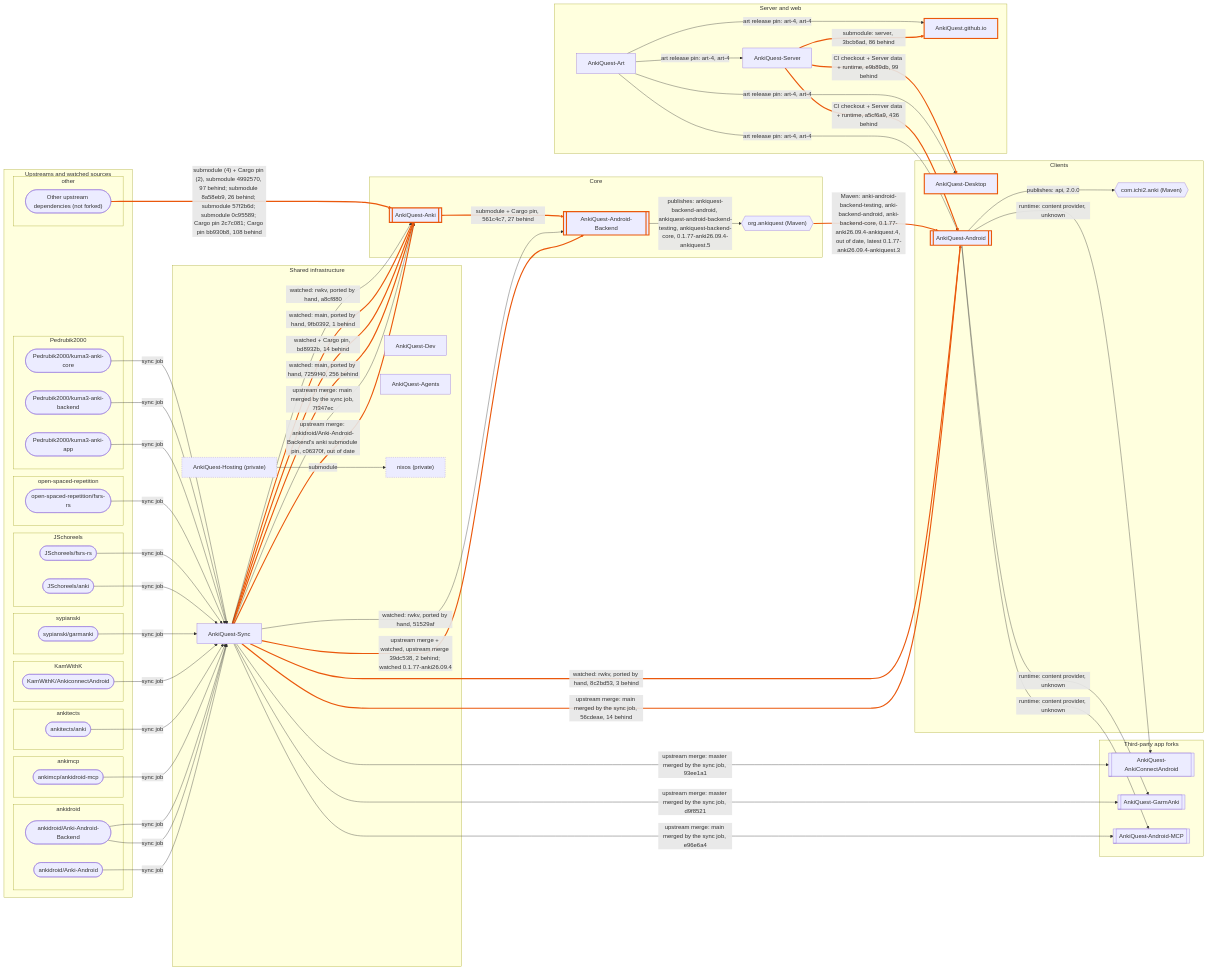
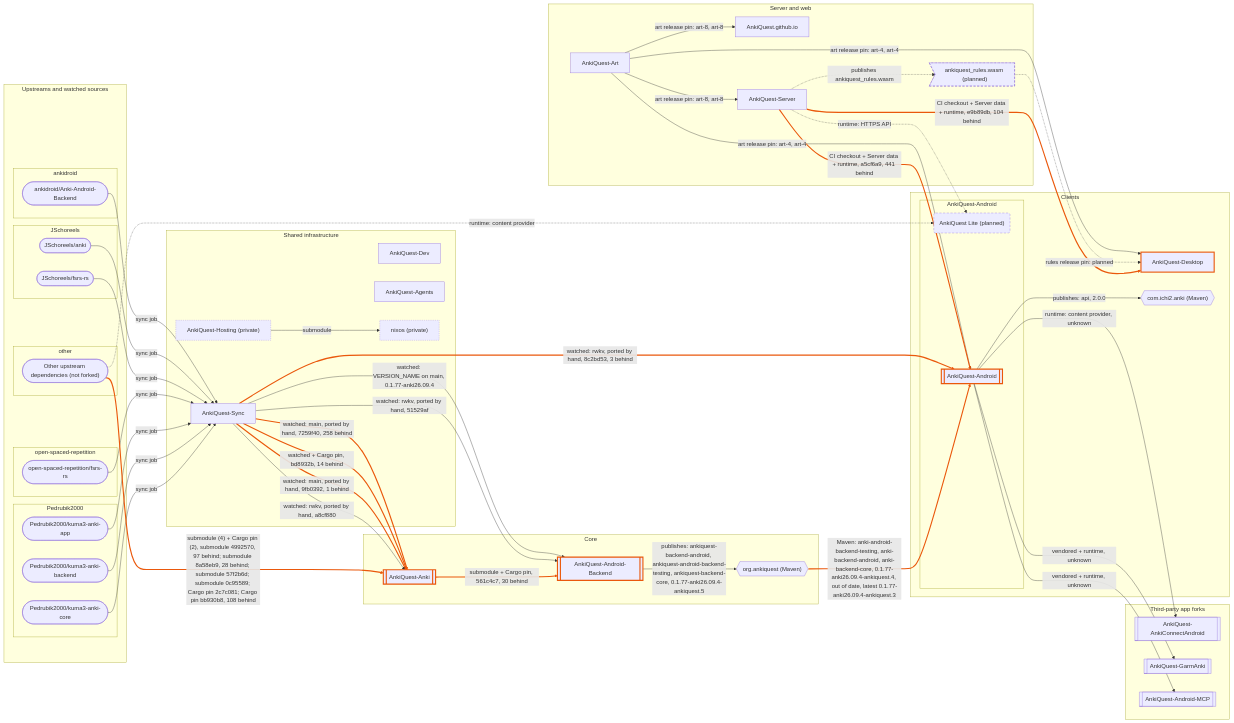
One commit to AnkiQuest/AnkiQuest.github.io changed the diagram in wiring.mmd. Above: the diagram before and after it, drawn with Mermaid. The commit also changed 3 other files, not shown here.

```diff
--- a/wiring.mmd
+++ b/wiring.mmd
@@ -1,7 +1,7 @@
 %% AnkiQuest wiring: how every AnkiQuest repository, upstream and package feeds the others.
 %% Generated from wiring.json (written by src/wiring.ts) by src/wiring-mermaid.ts in
 %% AnkiQuest/AnkiQuest.github.io; regenerated daily. Do not edit.
-%% Data of 2026-11-24 (wiring.json generated 2026-11-24T15:17:09.115Z).
+%% Data of 2026-11-25 (wiring.json generated 2026-11-25T10:15:58.529Z).
 %% Interactive page: https://ankiquest.github.io/wiring.html
 %% Arrows point the way code or data flows; one edge per pair of nodes, naming every kind of
 %% link between them ("watched + Cargo pin"), then the pinned commit or version and N behind,
@@ -11,20 +11,10 @@
   subgraph lane_upstream["Upstreams and watched sources"]
     subgraph src_ankidroid["ankidroid"]
       ankidroid_Anki_Android_Backend(["ankidroid/Anki-Android-Backend"])
-      ankidroid_Anki_Android(["ankidroid/Anki-Android"])
-    end
-    subgraph src_ankimcp["ankimcp"]
-      ankimcp_ankidroid_mcp(["ankimcp/ankidroid-mcp"])
-    end
-    subgraph src_ankitects["ankitects"]
-      ankitects_anki(["ankitects/anki"])
     end
     subgraph src_JSchoreels["JSchoreels"]
       JSchoreels_fsrs_rs(["JSchoreels/fsrs-rs"])
       JSchoreels_anki(["JSchoreels/anki"])
-    end
-    subgraph src_KamWithK["KamWithK"]
-      KamWithK_AnkiconnectAndroid(["KamWithK/AnkiconnectAndroid"])
     end
     subgraph src_open_spaced_repetition["open-spaced-repetition"]
       open_spaced_repetition_fsrs_rs(["open-spaced-repetition/fsrs-rs"])
@@ -33,9 +23,6 @@
       Pedrubik2000_kuma3_anki_core(["Pedrubik2000/kuma3-anki-core"])
       Pedrubik2000_kuma3_anki_backend(["Pedrubik2000/kuma3-anki-backend"])
       Pedrubik2000_kuma3_anki_app(["Pedrubik2000/kuma3-anki-app"])
-    end
-    subgraph src_sypianski["sypianski"]
-      sypianski_garmanki(["sypianski/garmanki"])
     end
     subgraph src_other["other"]
       other_upstream_dependencies(["Other upstream dependencies (not forked)"])
@@ -49,7 +36,10 @@
   end
   subgraph lane_clients["Clients"]
     AnkiQuest_Desktop["AnkiQuest-Desktop"]
-    AnkiQuest_Android[["AnkiQuest-Android"]]
+    subgraph group_AnkiQuest_Android["AnkiQuest-Android"]
+      module_AnkiQuest_Lite("AnkiQuest Lite (planned)")
+      AnkiQuest_Android[["AnkiQuest-Android"]]
+    end
     maven_com_ichi2_anki{{"com.ichi2.anki (Maven)"}}
   end
   subgraph lane_forks["Third-party app forks"]
@@ -61,6 +51,7 @@
     AnkiQuest_Art["AnkiQuest-Art"]
     AnkiQuest_github_io["AnkiQuest.github.io"]
     AnkiQuest_Server["AnkiQuest-Server"]
+    release_ankiquest_rules>"ankiquest_rules.wasm (planned)"]
   end
   subgraph lane_infra["Shared infrastructure"]
     AnkiQuest_Dev["AnkiQuest-Dev"]
@@ -70,22 +61,10 @@
     float3_nixos["nixos (private)"]
   end
 
-  ankidroid_Anki_Android -->|"sync job"| AnkiQuest_Sync
-  AnkiQuest_Sync -->|"upstream merge: main merged by the sync job, 56cdeae, 14 behind"| AnkiQuest_Android
   ankidroid_Anki_Android_Backend -->|"sync job"| AnkiQuest_Sync
-  AnkiQuest_Sync -->|"upstream merge + watched, upstream merge 39dc538, 2 behind; watched 0.1.77-anki26.09.4"| AnkiQuest_Android_Backend
-  ankidroid_Anki_Android_Backend -->|"sync job"| AnkiQuest_Sync
-  AnkiQuest_Sync -->|"upstream merge: ankidroid/Anki-Android-Backend's anki submodule pin, c06370f, out of date"| AnkiQuest_Anki
-  ankimcp_ankidroid_mcp -->|"sync job"| AnkiQuest_Sync
-  AnkiQuest_Sync -->|"upstream merge: main merged by the sync job, e96e6a4"| AnkiQuest_Android_MCP
-  ankitects_anki -->|"sync job"| AnkiQuest_Sync
-  AnkiQuest_Sync -->|"upstream merge: main merged by the sync job, 7f347ec"| AnkiQuest_Anki
-  KamWithK_AnkiconnectAndroid -->|"sync job"| AnkiQuest_Sync
-  AnkiQuest_Sync -->|"upstream merge: master merged by the sync job, 93ee1a1"| AnkiQuest_AnkiConnectAndroid
-  sypianski_garmanki -->|"sync job"| AnkiQuest_Sync
-  AnkiQuest_Sync -->|"upstream merge: master merged by the sync job, d9f8521"| AnkiQuest_GarmAnki
+  AnkiQuest_Sync -->|"watched: VERSION_NAME on main, 0.1.77-anki26.09.4"| AnkiQuest_Android_Backend
   JSchoreels_anki -->|"sync job"| AnkiQuest_Sync
-  AnkiQuest_Sync -->|"watched: main, ported by hand, 7259f40, 256 behind"| AnkiQuest_Anki
+  AnkiQuest_Sync -->|"watched: main, ported by hand, 7259f40, 258 behind"| AnkiQuest_Anki
   JSchoreels_fsrs_rs -->|"sync job"| AnkiQuest_Sync
   AnkiQuest_Sync -->|"watched + Cargo pin, bd8932b, 14 behind"| AnkiQuest_Anki
   open_spaced_repetition_fsrs_rs -->|"sync job"| AnkiQuest_Sync
@@ -96,92 +75,96 @@
   AnkiQuest_Sync -->|"watched: rwkv, ported by hand, 51529af"| AnkiQuest_Android_Backend
   Pedrubik2000_kuma3_anki_core -->|"sync job"| AnkiQuest_Sync
   AnkiQuest_Sync -->|"watched: rwkv, ported by hand, a8cf880"| AnkiQuest_Anki
-  AnkiQuest_Anki -->|"submodule + Cargo pin, 561c4c7, 27 behind"| AnkiQuest_Android_Backend
+  AnkiQuest_Anki -->|"submodule + Cargo pin, 561c4c7, 30 behind"| AnkiQuest_Android_Backend
   AnkiQuest_Hosting -->|"submodule"| float3_nixos
-  AnkiQuest_Server -->|"submodule: server, 3bcb6ad, 86 behind"| AnkiQuest_github_io
-  other_upstream_dependencies -->|"submodule (4) + Cargo pin (2), submodule 4992570, 97 behind; submodule 8a58eb9, 26 behind; submodule 57f2b6d; submodule 0c95589; Cargo pin 2c7c081; Cargo pin bb930b8, 108 behind"| AnkiQuest_Anki
+  other_upstream_dependencies -->|"submodule (4) + Cargo pin (2), submodule 4992570, 97 behind; submodule 8a58eb9, 28 behind; submodule 57f2b6d; submodule 0c95589; Cargo pin 2c7c081; Cargo pin bb930b8, 108 behind"| AnkiQuest_Anki
   AnkiQuest_Art -->|"art release pin: art-4, art-4"| AnkiQuest_Android
   AnkiQuest_Art -->|"art release pin: art-4, art-4"| AnkiQuest_Desktop
-  AnkiQuest_Art -->|"art release pin: art-4, art-4"| AnkiQuest_Server
-  AnkiQuest_Art -->|"art release pin: art-4, art-4"| AnkiQuest_github_io
+  AnkiQuest_Art -->|"art release pin: art-8, art-8"| AnkiQuest_Server
+  AnkiQuest_Art -->|"art release pin: art-8, art-8"| AnkiQuest_github_io
+  release_ankiquest_rules -.->|"rules release pin: planned"| AnkiQuest_Desktop
   maven_org_ankiquest -->|"Maven: anki-android-backend-testing, anki-backend-android, anki-backend-core, 0.1.77-anki26.09.4-ankiquest.4, out of date, latest 0.1.77-anki26.09.4-ankiquest.3"| AnkiQuest_Android
   AnkiQuest_Android -->|"publishes: api, 2.0.0"| maven_com_ichi2_anki
   AnkiQuest_Android_Backend -->|"publishes: ankiquest-backend-android, ankiquest-android-backend-testing, ankiquest-backend-core, 0.1.77-anki26.09.4-ankiquest.5"| maven_org_ankiquest
-  AnkiQuest_Server -->|"CI checkout + Server data + runtime, a5cf6a9, 436 behind"| AnkiQuest_Android
-  AnkiQuest_Server -->|"CI checkout + Server data + runtime, e9b89db, 99 behind"| AnkiQuest_Desktop
-  AnkiQuest_Android -->|"runtime: content provider, unknown"| AnkiQuest_Android_MCP
+  AnkiQuest_Server -.->|"publishes ankiquest_rules.wasm"| release_ankiquest_rules
+  AnkiQuest_Android -->|"vendored + runtime, unknown"| AnkiQuest_Android_MCP
+  AnkiQuest_Android -->|"vendored + runtime, unknown"| AnkiQuest_GarmAnki
+  AnkiQuest_Server -->|"CI checkout + Server data + runtime, a5cf6a9, 441 behind"| AnkiQuest_Android
+  AnkiQuest_Server -->|"CI checkout + Server data + runtime, e9b89db, 104 behind"| AnkiQuest_Desktop
   AnkiQuest_Android -->|"runtime: content provider, unknown"| AnkiQuest_AnkiConnectAndroid
-  AnkiQuest_Android -->|"runtime: content provider, unknown"| AnkiQuest_GarmAnki
-  linkStyle 1,3,5,15,17,19,21,26,28,29,34,37,38 stroke:#ea580c,stroke-width:3px
+  AnkiQuest_Server -.->|"runtime: HTTPS API"| module_AnkiQuest_Lite
+  other_upstream_dependencies -.->|"runtime: content provider"| module_AnkiQuest_Lite
+  linkStyle 3,5,7,9,14,16,22,28,29 stroke:#ea580c,stroke-width:3px
   classDef behind stroke:#ea580c,stroke-width:3px
-  class AnkiQuest_Android,AnkiQuest_Android_Backend,AnkiQuest_Anki,AnkiQuest_Desktop,AnkiQuest_github_io behind
+  class AnkiQuest_Android,AnkiQuest_Android_Backend,AnkiQuest_Anki,AnkiQuest_Desktop behind
+  classDef planned stroke-dasharray:6 4
+  class module_AnkiQuest_Lite,release_ankiquest_rules planned
   classDef private stroke-dasharray:2 3
   class AnkiQuest_Hosting,float3_nixos private
 
 %% Not drawn, as on the page: edges only of kinds that fan out from one repository to most others.
 %%   kind | from -> to | what | pin (status)
-%%   flake | AnkiQuest/AnkiQuest-Dev -> AnkiQuest/AnkiQuest-Agents | ankiquest-dev | 16ac791, 54 behind
+%%   flake | AnkiQuest/AnkiQuest-Dev -> AnkiQuest/AnkiQuest-Agents | ankiquest-dev | 16ac791, 56 behind
 %%   workflow | AnkiQuest/AnkiQuest-Dev -> AnkiQuest/AnkiQuest-Agents | workflows/nix-check.yml@master | master
-%%   flake | AnkiQuest/AnkiQuest-Dev -> AnkiQuest/AnkiQuest-Android | ankiquest-dev | dc3b0eb, 67 behind
-%%   workflow | AnkiQuest/AnkiQuest-Dev -> AnkiQuest/AnkiQuest-Android | actions/code-changed@5ab685e7013b865630f96530ca8c654344738fa8 | 5ab685e, 9 behind
+%%   flake | AnkiQuest/AnkiQuest-Dev -> AnkiQuest/AnkiQuest-Android | ankiquest-dev | dc3b0eb, 69 behind
+%%   workflow | AnkiQuest/AnkiQuest-Dev -> AnkiQuest/AnkiQuest-Android | actions/code-changed@5ab685e7013b865630f96530ca8c654344738fa8 | 5ab685e, 11 behind
 %%   workflow | AnkiQuest/AnkiQuest-Dev -> AnkiQuest/AnkiQuest-Android | actions/conflict-scan@master | master
 %%   workflow | AnkiQuest/AnkiQuest-Dev -> AnkiQuest/AnkiQuest-Android | workflows/banner.yml@master | master
 %%   workflow | AnkiQuest/AnkiQuest-Dev -> AnkiQuest/AnkiQuest-Android | workflows/issue-labels.yml@master | master
 %%   workflow | AnkiQuest/AnkiQuest-Dev -> AnkiQuest/AnkiQuest-Android | workflows/labels.yml@master | master
 %%   workflow | AnkiQuest/AnkiQuest-Dev -> AnkiQuest/AnkiQuest-Android | workflows/nix-check.yml@master | master
 %%   workflow | AnkiQuest/AnkiQuest-Dev -> AnkiQuest/AnkiQuest-Android | workflows/pr-labels.yml@master | master
-%%   flake | AnkiQuest/AnkiQuest-Dev -> AnkiQuest/AnkiQuest-Android-Backend | ankiquest-dev | 16ac791, 54 behind
-%%   flake | AnkiQuest/AnkiQuest-Dev -> AnkiQuest/AnkiQuest-Android-MCP | ankiquest-dev | dc3b0eb, 67 behind
-%%   workflow | AnkiQuest/AnkiQuest-Dev -> AnkiQuest/AnkiQuest-Android-MCP | actions/code-changed@5ab685e7013b865630f96530ca8c654344738fa8 | 5ab685e, 9 behind
+%%   flake | AnkiQuest/AnkiQuest-Dev -> AnkiQuest/AnkiQuest-Android-Backend | ankiquest-dev | 16ac791, 56 behind
+%%   flake | AnkiQuest/AnkiQuest-Dev -> AnkiQuest/AnkiQuest-Android-MCP | ankiquest-dev | dc3b0eb, 69 behind
+%%   workflow | AnkiQuest/AnkiQuest-Dev -> AnkiQuest/AnkiQuest-Android-MCP | actions/code-changed@5ab685e7013b865630f96530ca8c654344738fa8 | 5ab685e, 11 behind
 %%   workflow | AnkiQuest/AnkiQuest-Dev -> AnkiQuest/AnkiQuest-Android-MCP | workflows/android-ci.yml@master | master
 %%   workflow | AnkiQuest/AnkiQuest-Dev -> AnkiQuest/AnkiQuest-Android-MCP | workflows/android-release.yml@master | master
-%%   flake | AnkiQuest/AnkiQuest-Dev -> AnkiQuest/AnkiQuest-Anki | ankiquest-dev | 16ac791, 54 behind
-%%   flake | AnkiQuest/AnkiQuest-Dev -> AnkiQuest/AnkiQuest-AnkiConnectAndroid | ankiquest-dev | dc3b0eb, 67 behind
-%%   workflow | AnkiQuest/AnkiQuest-Dev -> AnkiQuest/AnkiQuest-AnkiConnectAndroid | actions/code-changed@5ab685e7013b865630f96530ca8c654344738fa8 | 5ab685e, 9 behind
+%%   flake | AnkiQuest/AnkiQuest-Dev -> AnkiQuest/AnkiQuest-Anki | ankiquest-dev | 16ac791, 56 behind
+%%   flake | AnkiQuest/AnkiQuest-Dev -> AnkiQuest/AnkiQuest-AnkiConnectAndroid | ankiquest-dev | dc3b0eb, 69 behind
+%%   workflow | AnkiQuest/AnkiQuest-Dev -> AnkiQuest/AnkiQuest-AnkiConnectAndroid | actions/code-changed@5ab685e7013b865630f96530ca8c654344738fa8 | 5ab685e, 11 behind
 %%   workflow | AnkiQuest/AnkiQuest-Dev -> AnkiQuest/AnkiQuest-AnkiConnectAndroid | workflows/android-ci.yml@master | master
 %%   workflow | AnkiQuest/AnkiQuest-Dev -> AnkiQuest/AnkiQuest-AnkiConnectAndroid | workflows/android-release.yml@master | master
-%%   flake | AnkiQuest/AnkiQuest-Dev -> AnkiQuest/AnkiQuest-GarmAnki | ankiquest-dev | dc3b0eb, 67 behind
-%%   workflow | AnkiQuest/AnkiQuest-Dev -> AnkiQuest/AnkiQuest-GarmAnki | actions/code-changed@5ab685e7013b865630f96530ca8c654344738fa8 | 5ab685e, 9 behind
+%%   flake | AnkiQuest/AnkiQuest-Dev -> AnkiQuest/AnkiQuest-GarmAnki | ankiquest-dev | dc3b0eb, 69 behind
+%%   workflow | AnkiQuest/AnkiQuest-Dev -> AnkiQuest/AnkiQuest-GarmAnki | actions/code-changed@5ab685e7013b865630f96530ca8c654344738fa8 | 5ab685e, 11 behind
 %%   workflow | AnkiQuest/AnkiQuest-Dev -> AnkiQuest/AnkiQuest-GarmAnki | workflows/android-ci.yml@master | master
 %%   workflow | AnkiQuest/AnkiQuest-Dev -> AnkiQuest/AnkiQuest-GarmAnki | workflows/android-release.yml@master | master
-%%   flake | AnkiQuest/AnkiQuest-Dev -> AnkiQuest/AnkiQuest-Server | ankiquest-dev | dc3b0eb, 67 behind
-%%   workflow | AnkiQuest/AnkiQuest-Dev -> AnkiQuest/AnkiQuest-Server | actions/code-changed@5ab685e7013b865630f96530ca8c654344738fa8 | 5ab685e, 9 behind
+%%   flake | AnkiQuest/AnkiQuest-Dev -> AnkiQuest/AnkiQuest-Server | ankiquest-dev | dc3b0eb, 69 behind
+%%   workflow | AnkiQuest/AnkiQuest-Dev -> AnkiQuest/AnkiQuest-Server | actions/code-changed@5ab685e7013b865630f96530ca8c654344738fa8 | 5ab685e, 11 behind
 %%   workflow | AnkiQuest/AnkiQuest-Dev -> AnkiQuest/AnkiQuest-Server | actions/conflict-scan@master | master
 %%   workflow | AnkiQuest/AnkiQuest-Dev -> AnkiQuest/AnkiQuest-Server | workflows/banner.yml@master | master
 %%   workflow | AnkiQuest/AnkiQuest-Dev -> AnkiQuest/AnkiQuest-Server | workflows/issue-labels.yml@master | master
 %%   workflow | AnkiQuest/AnkiQuest-Dev -> AnkiQuest/AnkiQuest-Server | workflows/labels.yml@master | master
 %%   workflow | AnkiQuest/AnkiQuest-Dev -> AnkiQuest/AnkiQuest-Server | workflows/nix-check.yml@master | master
 %%   workflow | AnkiQuest/AnkiQuest-Dev -> AnkiQuest/AnkiQuest-Server | workflows/pr-labels.yml@master | master
-%%   flake | AnkiQuest/AnkiQuest-Dev -> AnkiQuest/AnkiQuest-Sync | ankiquest-dev | 16ac791, 54 behind
-%%   workflow | AnkiQuest/AnkiQuest-Dev -> AnkiQuest/AnkiQuest-Sync | actions/code-changed@5ab685e7013b865630f96530ca8c654344738fa8 | 5ab685e, 9 behind
+%%   flake | AnkiQuest/AnkiQuest-Dev -> AnkiQuest/AnkiQuest-Sync | ankiquest-dev | 16ac791, 56 behind
+%%   workflow | AnkiQuest/AnkiQuest-Dev -> AnkiQuest/AnkiQuest-Sync | actions/code-changed@5ab685e7013b865630f96530ca8c654344738fa8 | 5ab685e, 11 behind
 %%   workflow | AnkiQuest/AnkiQuest-Dev -> AnkiQuest/AnkiQuest-Sync | workflows/nix-check.yml@master | master
-%%   flake | AnkiQuest/AnkiQuest-Dev -> AnkiQuest/AnkiQuest.github.io | ankiquest-dev | c80cdd8, 33 behind
+%%   flake | AnkiQuest/AnkiQuest-Dev -> AnkiQuest/AnkiQuest.github.io | ankiquest-dev | c80cdd8, 35 behind
 %%   flake | AnkiQuest/AnkiQuest-Dev -> float3/nixos | flake input | -
 %%   flake | AnkiQuest/AnkiQuest-Server -> float3/nixos | flake input | -
-%%   vendored | ankidroid/Anki-Android -> AnkiQuest/AnkiQuest-Android-MCP | provider contract copied as FlashCardsContract.kt | -
-%%   vendored | ankidroid/Anki-Android -> AnkiQuest/AnkiQuest-AnkiConnectAndroid | provider contract copied as FlashCardsContract.java | -
-%%   vendored | ankidroid/Anki-Android -> AnkiQuest/AnkiQuest-GarmAnki | provider contract copied as FlashCards.kt | -
-%%   workflow | AnkiQuest/AnkiQuest-Dev -> AnkiQuest/AnkiQuest-Art | actions/code-changed@5ab685e7013b865630f96530ca8c654344738fa8 | 5ab685e, 9 behind
-%%   workflow | AnkiQuest/AnkiQuest-Dev -> AnkiQuest/AnkiQuest-Desktop | actions/code-changed@5ab685e7013b865630f96530ca8c654344738fa8 | 5ab685e, 9 behind
+%%   vendored | other-upstream-dependencies -> AnkiQuest/AnkiQuest-AnkiConnectAndroid | provider contract copied as FlashCardsContract.java | -
+%%   workflow | AnkiQuest/AnkiQuest-Dev -> AnkiQuest/AnkiQuest-Art | actions/code-changed@5ab685e7013b865630f96530ca8c654344738fa8 | 5ab685e, 11 behind
+%%   workflow | AnkiQuest/AnkiQuest-Dev -> AnkiQuest/AnkiQuest-Desktop | actions/code-changed@5ab685e7013b865630f96530ca8c654344738fa8 | 5ab685e, 11 behind
 %%   workflow | AnkiQuest/AnkiQuest-Dev -> AnkiQuest/AnkiQuest-Desktop | actions/conflict-scan@master | master
 %%   workflow | AnkiQuest/AnkiQuest-Dev -> AnkiQuest/AnkiQuest-Desktop | workflows/banner.yml@master | master
 %%   workflow | AnkiQuest/AnkiQuest-Dev -> AnkiQuest/AnkiQuest-Desktop | workflows/issue-labels.yml@master | master
 %%   workflow | AnkiQuest/AnkiQuest-Dev -> AnkiQuest/AnkiQuest-Desktop | workflows/labels.yml@master | master
 %%   workflow | AnkiQuest/AnkiQuest-Dev -> AnkiQuest/AnkiQuest-Desktop | workflows/pr-labels.yml@master | master
 %%   workflow | AnkiQuest/AnkiQuest-Dev -> AnkiQuest/AnkiQuest-Hosting | reusable workflow | -
-%%   checkout | AnkiQuest/AnkiQuest-Agents -> AnkiQuest/AnkiQuest-Sync | checked out by agents.yml | -
-%%   agents | AnkiQuest/AnkiQuest-Agents -> AnkiQuest/AnkiQuest-Sync | AGENTS.md | matches
+%%   checkout | AnkiQuest/AnkiQuest-Agents -> AnkiQuest/AnkiQuest-Sync | checked out by agents.yml, sync.yml | -
+%%   agents | AnkiQuest/AnkiQuest-Agents -> AnkiQuest/AnkiQuest-Sync | AGENTS.md | differs, out of date
 %%   checkout | AnkiQuest/AnkiQuest-Server -> AnkiQuest/AnkiQuest-Dev | checked out by banner.yml | -
-%%   agents | AnkiQuest/AnkiQuest-Agents -> AnkiQuest/AnkiQuest-Agents | AGENTS.md | matches
+%%   checkout | AnkiQuest/AnkiQuest-Server -> AnkiQuest/AnkiQuest.github.io | checked out by pages.yml | -
+%%   agents | AnkiQuest/AnkiQuest-Agents -> AnkiQuest/AnkiQuest-Agents | AGENTS.md | differs, out of date
 %%   agents | AnkiQuest/AnkiQuest-Agents -> AnkiQuest/AnkiQuest-Android | AGENTS.md | differs, out of date
-%%   agents | AnkiQuest/AnkiQuest-Agents -> AnkiQuest/AnkiQuest-Android-Backend | AGENTS.md | matches
+%%   agents | AnkiQuest/AnkiQuest-Agents -> AnkiQuest/AnkiQuest-Android-Backend | AGENTS.md | differs, out of date
 %%   agents | AnkiQuest/AnkiQuest-Agents -> AnkiQuest/AnkiQuest-Android-MCP | AGENTS.md | differs, out of date
 %%   agents | AnkiQuest/AnkiQuest-Agents -> AnkiQuest/AnkiQuest-Anki | AGENTS.md | differs, out of date
-%%   agents | AnkiQuest/AnkiQuest-Agents -> AnkiQuest/AnkiQuest-AnkiConnectAndroid | AGENTS.md | matches
-%%   agents | AnkiQuest/AnkiQuest-Agents -> AnkiQuest/AnkiQuest-Art | AGENTS.md | matches
-%%   agents | AnkiQuest/AnkiQuest-Agents -> AnkiQuest/AnkiQuest-Desktop | AGENTS.md | matches
-%%   agents | AnkiQuest/AnkiQuest-Agents -> AnkiQuest/AnkiQuest-Dev | AGENTS.md | matches
+%%   agents | AnkiQuest/AnkiQuest-Agents -> AnkiQuest/AnkiQuest-AnkiConnectAndroid | AGENTS.md | differs, out of date
+%%   agents | AnkiQuest/AnkiQuest-Agents -> AnkiQuest/AnkiQuest-Art | AGENTS.md | differs, out of date
+%%   agents | AnkiQuest/AnkiQuest-Agents -> AnkiQuest/AnkiQuest-Desktop | AGENTS.md | differs, out of date
+%%   agents | AnkiQuest/AnkiQuest-Agents -> AnkiQuest/AnkiQuest-Dev | AGENTS.md | differs, out of date
 %%   agents | AnkiQuest/AnkiQuest-Agents -> AnkiQuest/AnkiQuest-GarmAnki | AGENTS.md | differs, out of date
 %%   agents | AnkiQuest/AnkiQuest-Agents -> AnkiQuest/AnkiQuest-Hosting | AGENTS.md | -
-%%   agents | AnkiQuest/AnkiQuest-Agents -> AnkiQuest/AnkiQuest-Server | AGENTS.md | matches
-%%   agents | AnkiQuest/AnkiQuest-Agents -> AnkiQuest/AnkiQuest.github.io | AGENTS.md | matches
+%%   agents | AnkiQuest/AnkiQuest-Agents -> AnkiQuest/AnkiQuest-Server | AGENTS.md | differs, out of date
+%%   agents | AnkiQuest/AnkiQuest-Agents -> AnkiQuest/AnkiQuest.github.io | AGENTS.md | differs, out of date
```
